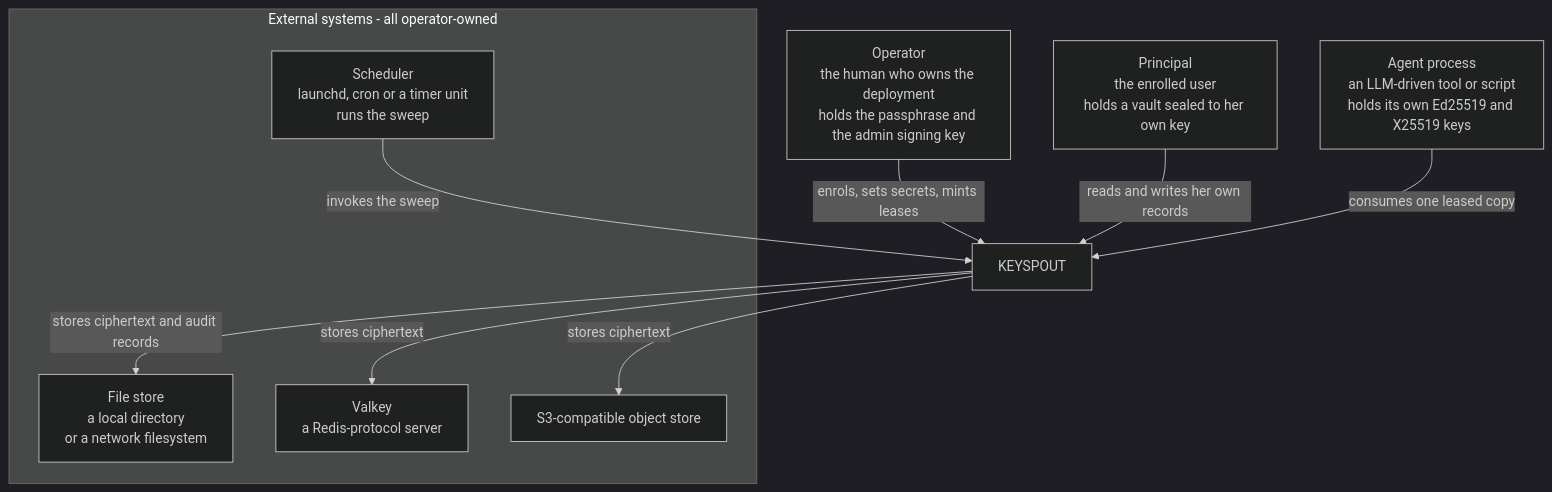
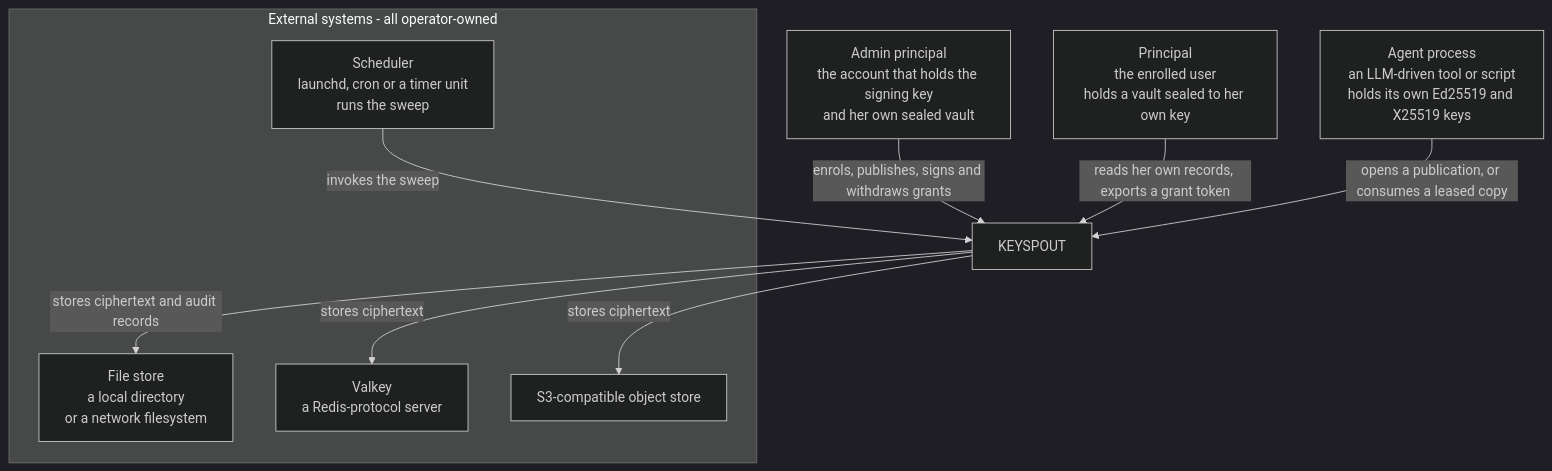
The first of 3 diagrams in site/docs/architecture/overview.md (bruj0/keyspout), drawn with Mermaid (dark theme) before and after one commit. The commit also changed other lines of this file and 80 other files, not shown here.

````diff
--- a/site/docs/architecture/overview.md
+++ b/site/docs/architecture/overview.md
@@ -18,22 +18,22 @@
 ```mermaid
 flowchart TD
-  Operator["Operator<br/>the human who owns the deployment<br/>holds the passphrase and the admin signing key"]
+  Admin["Admin principal<br/>the account that holds the signing key<br/>and her own sealed vault"]
   User["Principal<br/>the enrolled user<br/>holds a vault sealed to her own key"]
   Agent["Agent process<br/>an LLM-driven tool or script<br/>holds its own Ed25519 and X25519 keys"]
 
   subgraph External["External systems - all operator-owned"]
     FS["File store<br/>a local directory<br/>or a network filesystem"]
     VK["Valkey<br/>a Redis-protocol server"]
     S3["S3-compatible object store"]
     SCHED["Scheduler<br/>launchd, cron or a timer unit<br/>runs the sweep"]
   end
 
-  Operator -->|"enrols, sets secrets, mints leases"| KEYSPOUT
-  User -->|"reads and writes her own records"| KEYSPOUT
-  Agent -->|"consumes one leased copy"| KEYSPOUT
+  Admin -->|"enrols, publishes, signs and withdraws grants"| KEYSPOUT
+  User -->|"reads her own records, exports a grant token"| KEYSPOUT
+  Agent -->|"opens a publication, or consumes a leased copy"| KEYSPOUT
 
   KEYSPOUT -->|"stores ciphertext and audit records"| FS
   KEYSPOUT -->|"stores ciphertext"| VK
   KEYSPOUT -->|"stores ciphertext"| S3
   SCHED -->|"invokes the sweep"| KEYSPOUT
 ```
````
